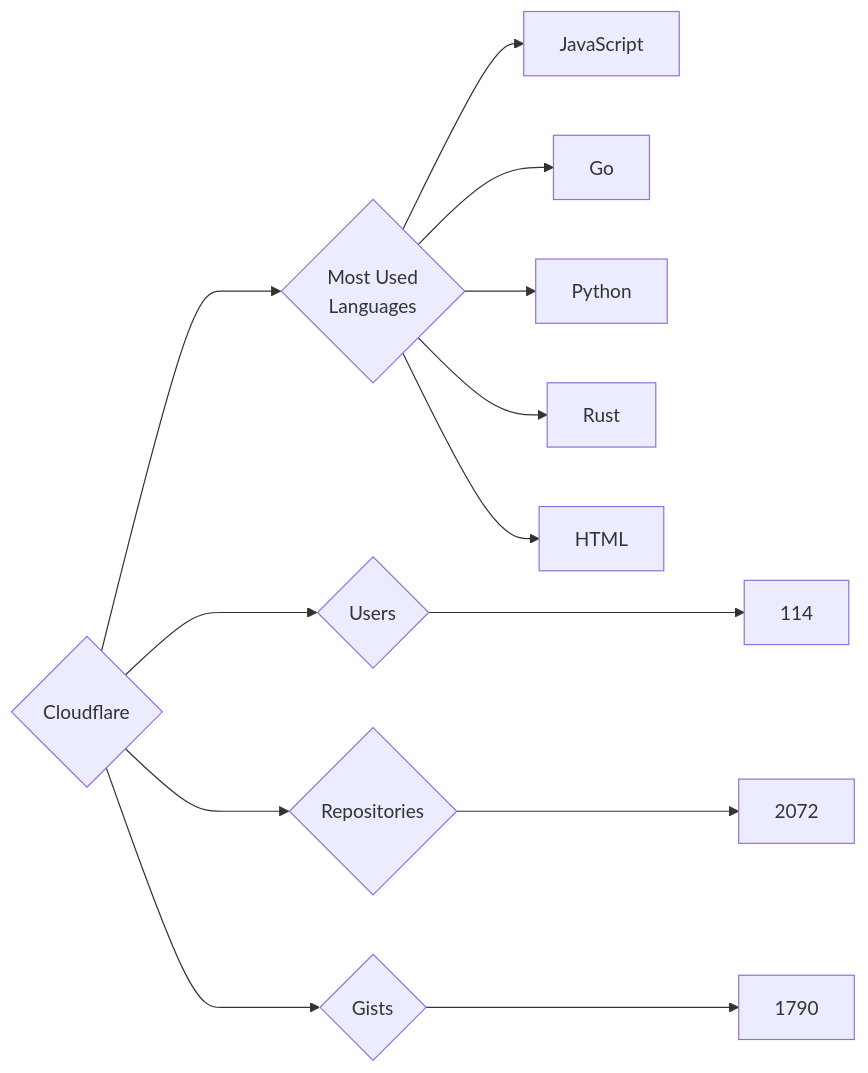
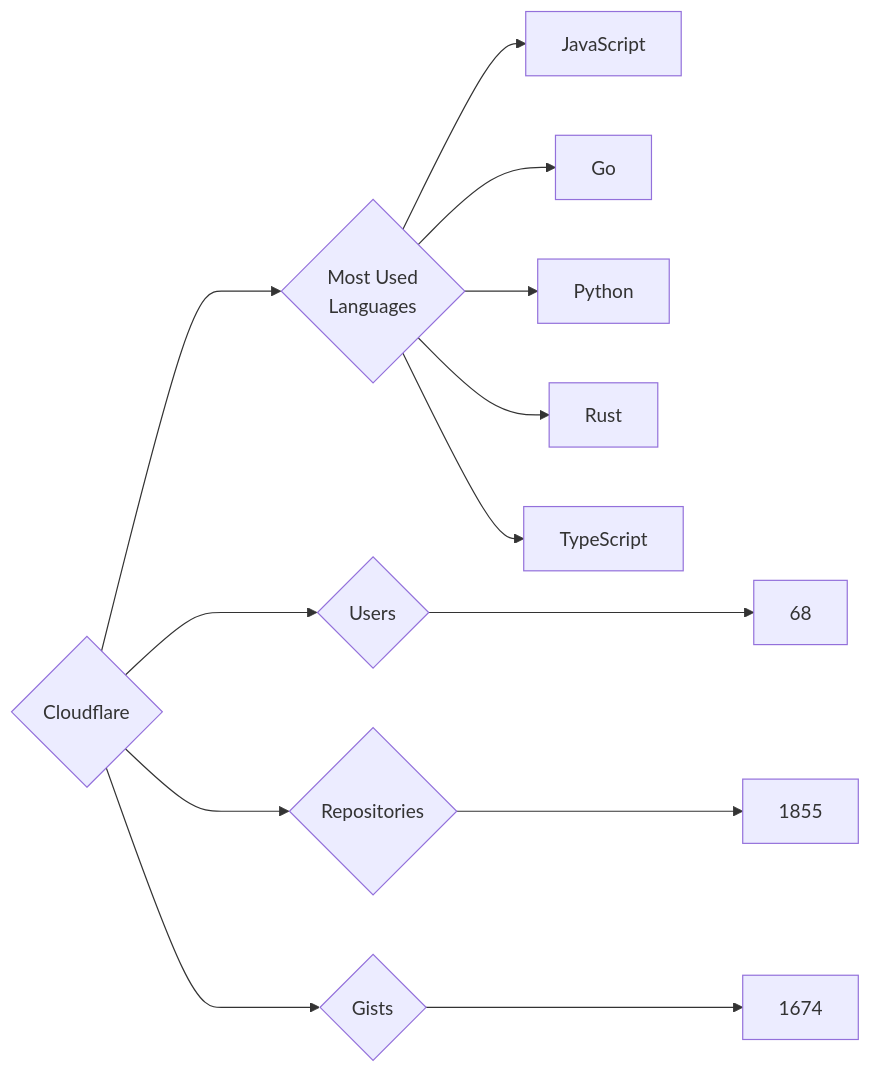
One commit to trickest/insiders changed the diagram in targets/Cloudflare/README.md. Above: the diagram before and after it, drawn with Mermaid. The commit also changed 688 other files, not shown here.

````diff
--- a/targets/Cloudflare/README.md
+++ b/targets/Cloudflare/README.md
@@ -3,13 +3,13 @@
 ```mermaid
 graph LR
 COMPANY_NAME{Cloudflare}
-COMPANY_NAME ---> U{Users} ---> UN[114]
-COMPANY_NAME ---> R{Repositories} ---> RN[2072]
-COMPANY_NAME ---> G{Gists} ---> GN[1790]
+COMPANY_NAME ---> U{Users} ---> UN[68]
+COMPANY_NAME ---> R{Repositories} ---> RN[1855]
+COMPANY_NAME ---> G{Gists} ---> GN[1674]
 COMPANY_NAME ---> ML{Most Used<br>Languages}
 ML --> JavaScript[JavaScript]
 ML --> Go[Go]
 ML --> Python[Python]
 ML --> Rust[Rust]
-ML --> HTML[HTML]
+ML --> TypeScript[TypeScript]
 ```
````
